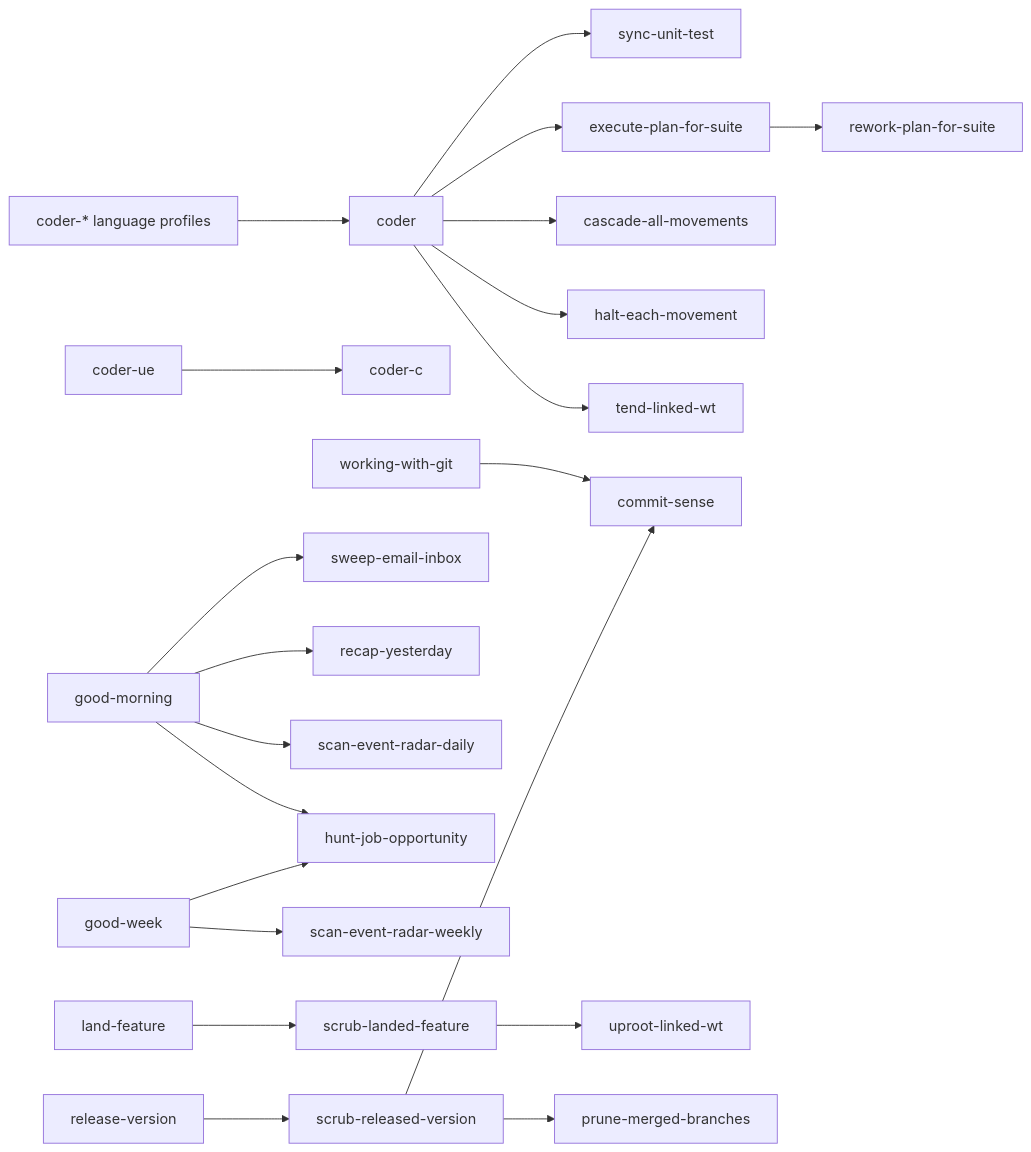
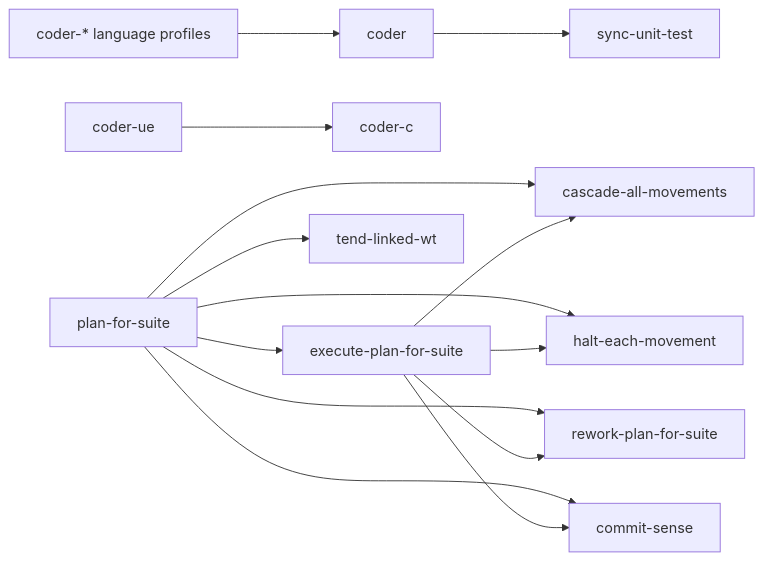
The seventh of 10 diagrams in docs/blueprint-doc.md (kami-lel/kaye-library), drawn with Mermaid before and after one commit. The commit also changed other lines of this file, not shown here.

First line of the commit message:
redraw invocation graph from live skill text

````diff
--- a/docs/blueprint-doc.md
+++ b/docs/blueprint-doc.md
@@ -198,23 +200,16 @@
 ```mermaid
 flowchart LR
     coder_profiles["coder-* language profiles"] --> coder
     coder_ue["coder-ue"] --> coder_c["coder-c"]
     coder --> sync_unit_test["sync-unit-test"]
-    coder --> execute_plan_for_suite["execute-plan-for-suite"]
-    execute_plan_for_suite --> rework_plan_for_suite["rework-plan-for-suite"]
-    coder --> cascade_all_movements["cascade-all-movements"]
-    coder --> halt_each_movement["halt-each-movement"]
-    coder --> tend_linked_wt["tend-linked-wt"]
-    working_with_git["working-with-git"] --> commit_sense["commit-sense"]
-    good_morning["good-morning"] --> sweep_email_inbox["sweep-email-inbox"]
-    good_morning --> recap_yesterday["recap-yesterday"]
-    good_morning --> scan_event_radar_daily["scan-event-radar-daily"]
-    good_morning --> hunt_job_opportunity["hunt-job-opportunity"]
-    good_week["good-week"] --> scan_event_radar_weekly["scan-event-radar-weekly"]
-    good_week --> hunt_job_opportunity
-    land_feature["land-feature"] --> scrub_landed_feature["scrub-landed-feature"]
-    scrub_landed_feature --> uproot_linked_wt["uproot-linked-wt"]
-    release_version["release-version"] --> scrub_released_version["scrub-released-version"]
-    scrub_released_version --> prune_merged_branches["prune-merged-branches"]
-    scrub_released_version --> commit_sense
+    plan_for_suite["plan-for-suite"] --> execute_plan_for_suite["execute-plan-for-suite"]
+    plan_for_suite --> cascade_all_movements["cascade-all-movements"]
+    plan_for_suite --> halt_each_movement["halt-each-movement"]
+    plan_for_suite --> rework_plan_for_suite["rework-plan-for-suite"]
+    plan_for_suite --> tend_linked_wt["tend-linked-wt"]
+    plan_for_suite --> commit_sense["commit-sense"]
+    execute_plan_for_suite --> cascade_all_movements
+    execute_plan_for_suite --> halt_each_movement
+    execute_plan_for_suite --> rework_plan_for_suite
+    execute_plan_for_suite --> commit_sense
 ```
````
